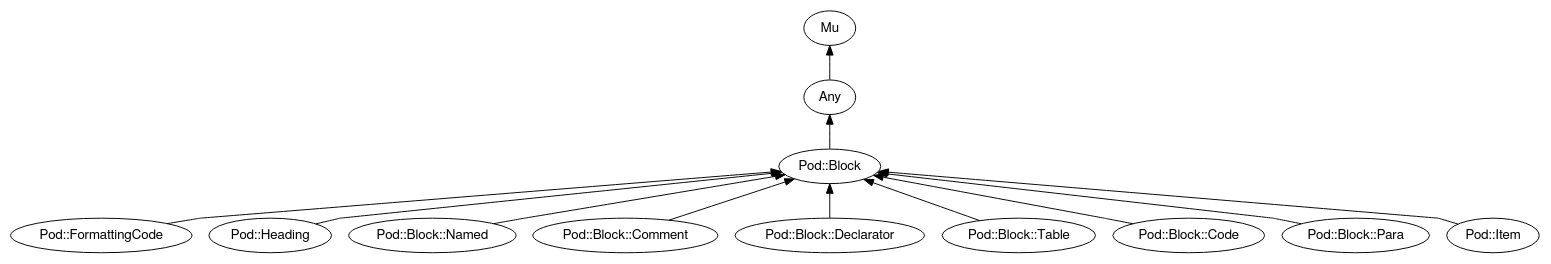
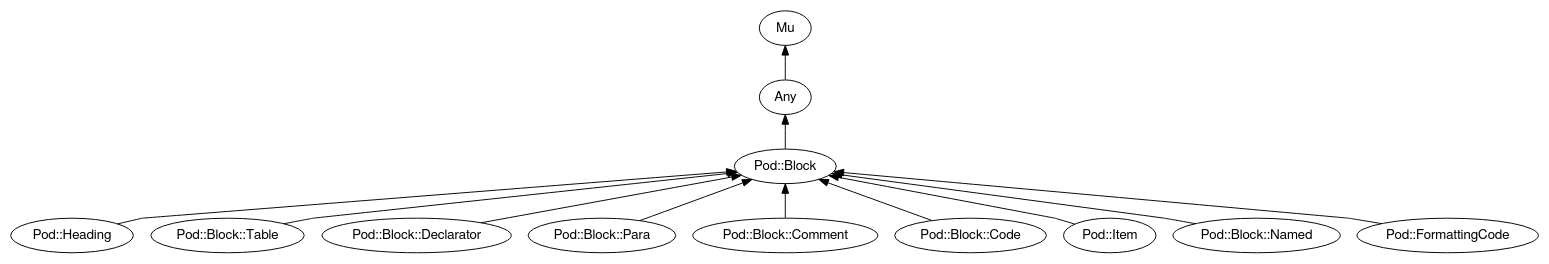
Before and after one commit to perl6docs/perl6docs.github.io: the diagram in images/type-graph-Pod::Block.svg.dot, drawn with Graphviz. The commit also changed other lines of this file and 1861 other files, not shown here.

```diff
--- a/images/type-graph-Pod::Block.svg.dot
+++ b/images/type-graph-Pod::Block.svg.dot
@@ -1,33 +1,33 @@
 digraph "perl6-type-graph" {
     rankdir=BT;
     splines=polyline;
     overlap=false; 
     // Types
     "Pod::Block" [color="#000000", fontcolor="#000000", href="/type/Pod::Block", fontname="FreeSans"];
     "Mu" [color="#000000", fontcolor="#000000", href="/type/Mu", fontname="FreeSans"];
     "Any" [color="#000000", fontcolor="#000000", href="/type/Any", fontname="FreeSans"];
+    "Pod::Heading" [color="#000000", fontcolor="#000000", href="/type/Pod::Heading", fontname="FreeSans"];
+    "Pod::Block::Table" [color="#000000", fontcolor="#000000", href="/type/Pod::Block::Table", fontname="FreeSans"];
+    "Pod::Block::Declarator" [color="#000000", fontcolor="#000000", href="/type/Pod::Block::Declarator", fontname="FreeSans"];
+    "Pod::Block::Para" [color="#000000", fontcolor="#000000", href="/type/Pod::Block::Para", fontname="FreeSans"];
+    "Pod::Block::Comment" [color="#000000", fontcolor="#000000", href="/type/Pod::Block::Comment", fontname="FreeSans"];
+    "Pod::Block::Code" [color="#000000", fontcolor="#000000", href="/type/Pod::Block::Code", fontname="FreeSans"];
+    "Pod::Item" [color="#000000", fontcolor="#000000", href="/type/Pod::Item", fontname="FreeSans"];
+    "Pod::Block::Named" [color="#000000", fontcolor="#000000", href="/type/Pod::Block::Named", fontname="FreeSans"];
     "Pod::FormattingCode" [color="#000000", fontcolor="#000000", href="/type/Pod::FormattingCode", fontname="FreeSans"];
-    "Pod::Heading" [color="#000000", fontcolor="#000000", href="/type/Pod::Heading", fontname="FreeSans"];
-    "Pod::Block::Named" [color="#000000", fontcolor="#000000", href="/type/Pod::Block::Named", fontname="FreeSans"];
-    "Pod::Block::Comment" [color="#000000", fontcolor="#000000", href="/type/Pod::Block::Comment", fontname="FreeSans"];
-    "Pod::Block::Declarator" [color="#000000", fontcolor="#000000", href="/type/Pod::Block::Declarator", fontname="FreeSans"];
-    "Pod::Block::Table" [color="#000000", fontcolor="#000000", href="/type/Pod::Block::Table", fontname="FreeSans"];
-    "Pod::Block::Code" [color="#000000", fontcolor="#000000", href="/type/Pod::Block::Code", fontname="FreeSans"];
-    "Pod::Block::Para" [color="#000000", fontcolor="#000000", href="/type/Pod::Block::Para", fontname="FreeSans"];
-    "Pod::Item" [color="#000000", fontcolor="#000000", href="/type/Pod::Item", fontname="FreeSans"];
 
     // Superclasses
     "Pod::Block" -> "Any" [color="#000000"];
     "Any" -> "Mu" [color="#000000"];
+    "Pod::Heading" -> "Pod::Block" [color="#000000"];
+    "Pod::Block::Table" -> "Pod::Block" [color="#000000"];
+    "Pod::Block::Declarator" -> "Pod::Block" [color="#000000"];
+    "Pod::Block::Para" -> "Pod::Block" [color="#000000"];
+    "Pod::Block::Comment" -> "Pod::Block" [color="#000000"];
+    "Pod::Block::Code" -> "Pod::Block" [color="#000000"];
+    "Pod::Item" -> "Pod::Block" [color="#000000"];
+    "Pod::Block::Named" -> "Pod::Block" [color="#000000"];
     "Pod::FormattingCode" -> "Pod::Block" [color="#000000"];
-    "Pod::Heading" -> "Pod::Block" [color="#000000"];
-    "Pod::Block::Named" -> "Pod::Block" [color="#000000"];
-    "Pod::Block::Comment" -> "Pod::Block" [color="#000000"];
-    "Pod::Block::Declarator" -> "Pod::Block" [color="#000000"];
-    "Pod::Block::Table" -> "Pod::Block" [color="#000000"];
-    "Pod::Block::Code" -> "Pod::Block" [color="#000000"];
-    "Pod::Block::Para" -> "Pod::Block" [color="#000000"];
-    "Pod::Item" -> "Pod::Block" [color="#000000"];
 
     // Roles
 }
```
